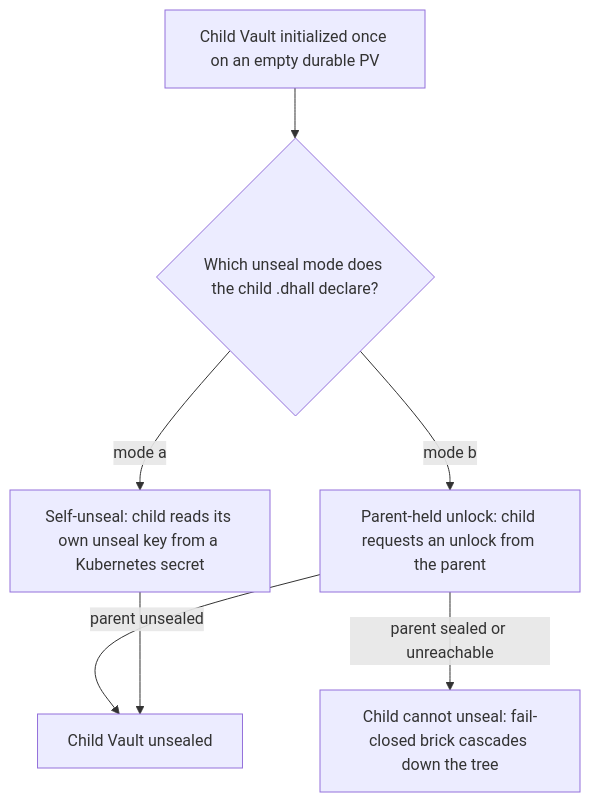
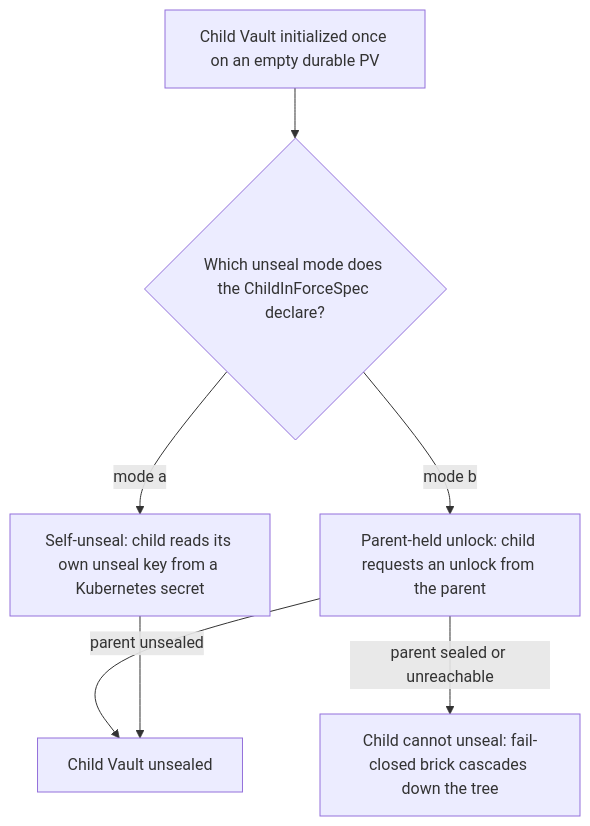
One commit to Tuee22/amoebius changed the first of 2 diagrams in documents/engineering/vault_pki_doctrine.md. Above: the diagram before and after it, drawn with Mermaid. The commit also changed other lines of this file and 37 other files, not shown here.

````diff
--- a/documents/engineering/vault_pki_doctrine.md
+++ b/documents/engineering/vault_pki_doctrine.md
@@ -347,9 +347,9 @@
 ```mermaid
 flowchart TD
-  childinit[Child Vault initialized once on an empty durable PV] --> mode{Which unseal mode does the child .dhall declare?}
+  childinit[Child Vault initialized once on an empty durable PV] --> mode{Which unseal mode does the ChildInForceSpec declare?}
   mode -->|mode a| selfsecret[Self-unseal: child reads its own unseal key from a Kubernetes secret]
   mode -->|mode b| requestunlock[Parent-held unlock: child requests an unlock from the parent]
   requestunlock -->|parent sealed or unreachable| brick[Child cannot unseal: fail-closed brick cascades down the tree]
   requestunlock -->|parent unsealed| unsealed[Child Vault unsealed]
   selfsecret --> unsealed
 ```
````
